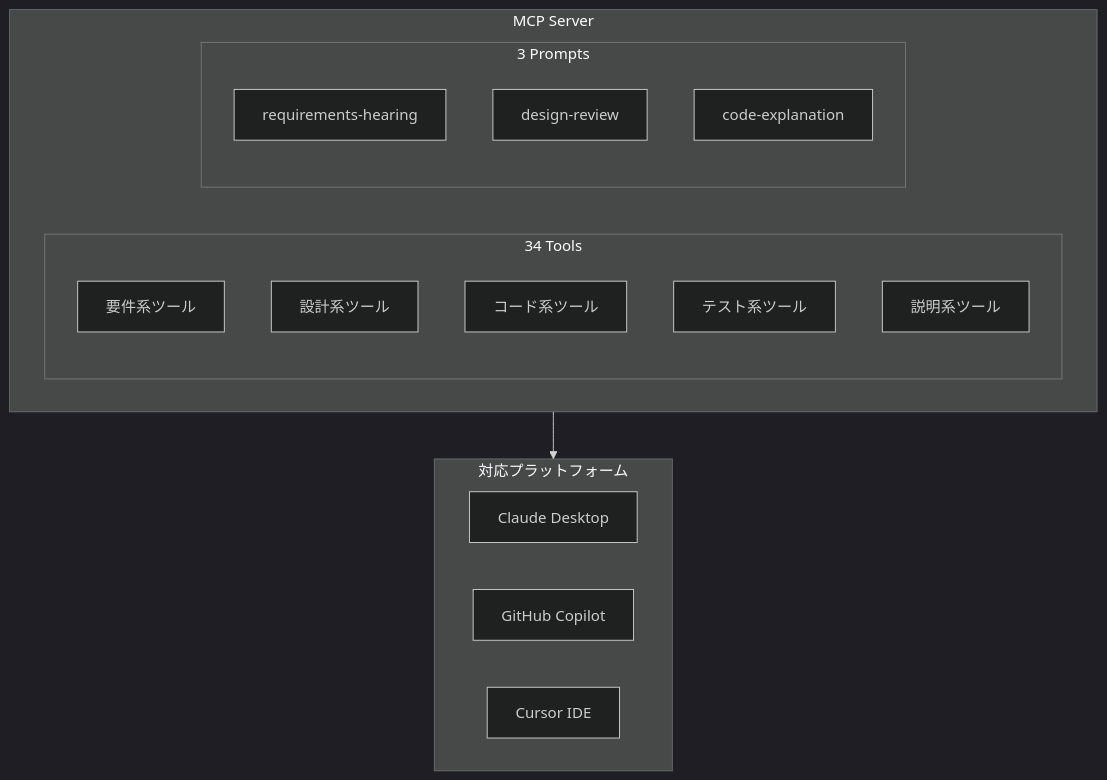
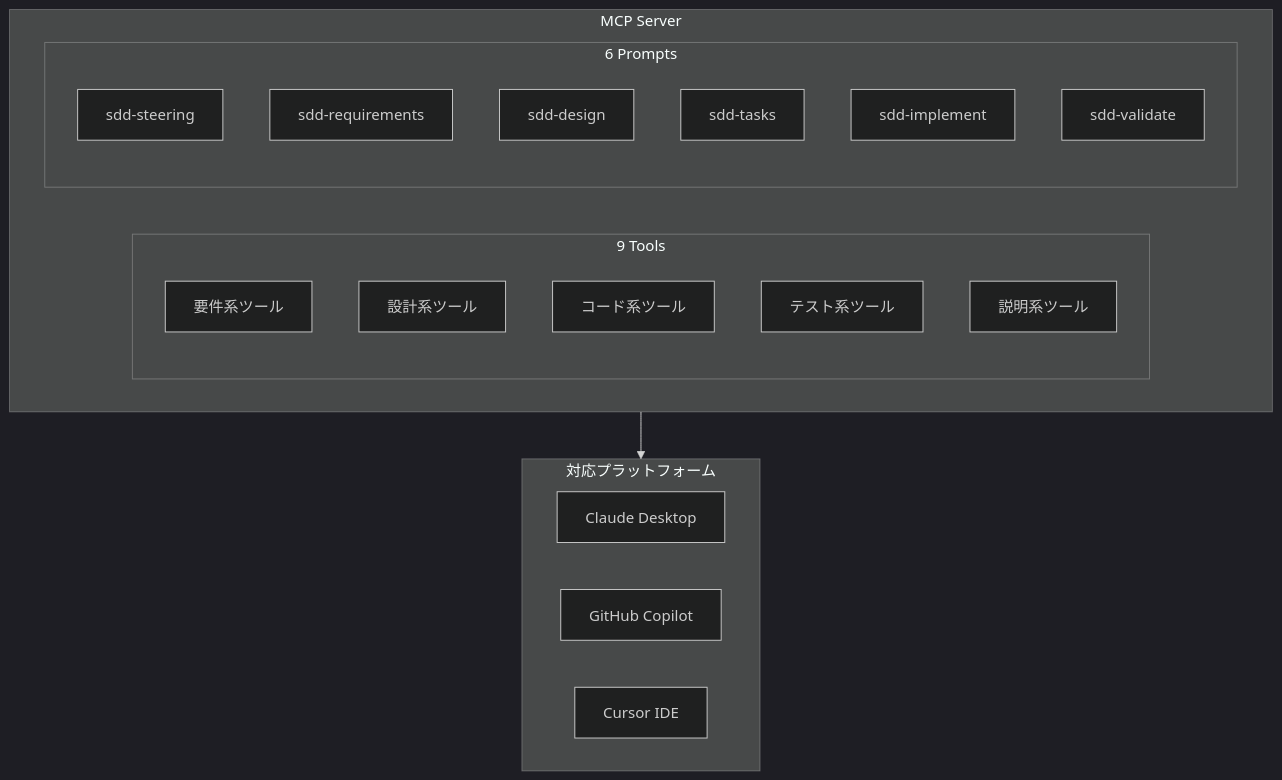
Diagram 14 of 17 in docs/evolution-from-musubi-to-musubix.md (Takashi-So/MUSUBIX), drawn with Mermaid (dark theme) before and after one commit. The commit also changed other lines of this file and 59 other files, not shown here.

````diff
--- a/docs/evolution-from-musubi-to-musubix.md
+++ b/docs/evolution-from-musubi-to-musubix.md
@@ -490,26 +490,29 @@
 ```mermaid
 flowchart TB
     subgraph MCPServer["MCP Server"]
-        subgraph Tools["34 Tools"]
+        subgraph Tools["9 Tools"]
             T1[要件系ツール]
             T2[設計系ツール]
             T3[コード系ツール]
             T4[テスト系ツール]
             T5[説明系ツール]
         end
         
-        subgraph Prompts["3 Prompts"]
-            P1[requirements-hearing]
-            P2[design-review]
-            P3[code-explanation]
+        subgraph Prompts["6 Prompts"]
+            P1[sdd-steering]
+            P2[sdd-requirements]
+            P3[sdd-design]
+            P4[sdd-tasks]
+            P5[sdd-implement]
+            P6[sdd-validate]
         end
     end
     
     subgraph Platforms["対応プラットフォーム"]
         Claude[Claude Desktop]
         Copilot[GitHub Copilot]
         Cursor[Cursor IDE]
     end
     
     MCPServer --> Platforms
 ```
````
